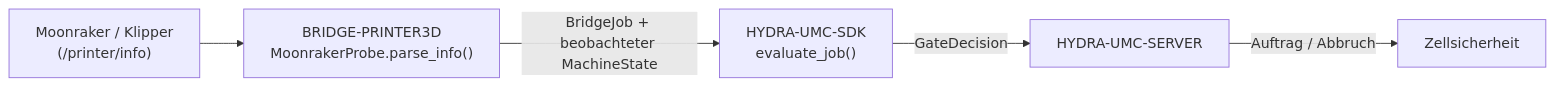
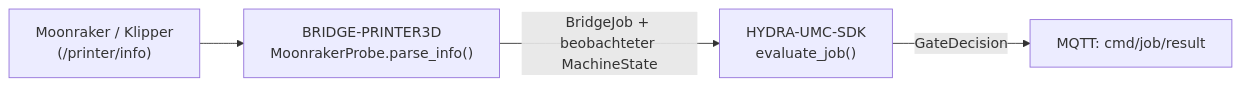
One commit to JuanenRac/HYDRA-UMC-BRIDGE-PRINTER3D changed the diagram in README_deu.md. Above: the diagram before and after it, drawn with Mermaid. The commit also changed other lines of this file and 21 other files, not shown here.

````diff
--- a/README_deu.md
+++ b/README_deu.md
@@ -50,7 +51,6 @@
 ```mermaid
 flowchart LR
     PRINTER["Moonraker / Klipper<br/>(/printer/info)"] --> BRIDGE["BRIDGE-PRINTER3D<br/>MoonrakerProbe.parse_info()"]
     BRIDGE -- "BridgeJob + beobachteter MachineState" --> SDK["HYDRA-UMC-SDK<br/>evaluate_job()"]
-    SDK -- GateDecision --> SERVER["HYDRA-UMC-SERVER"]
-    SERVER -- "Auftrag / Abbruch" --> CELL["Zellsicherheit"]
+    SDK -- GateDecision --> RESULT["MQTT: cmd/job/result"]
 ```
````
